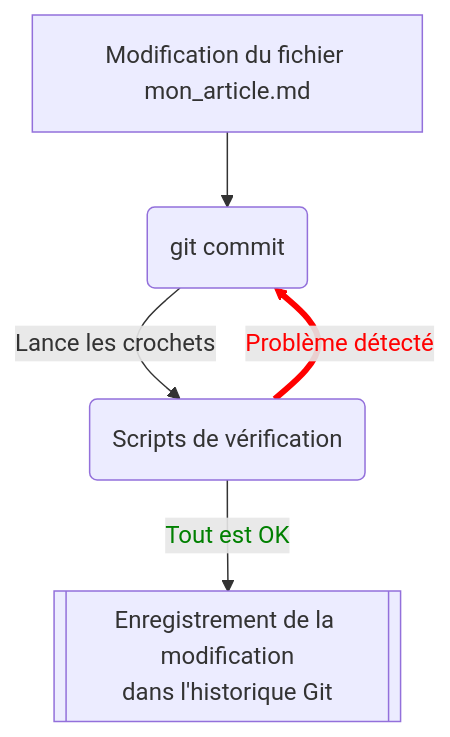
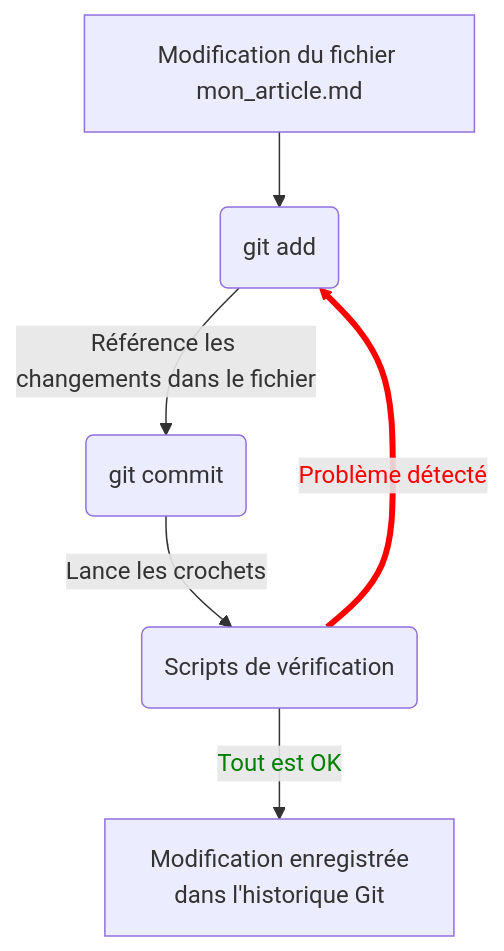
The second of 2 diagrams in internal/git_hooks_precommit.md (geotribu/site-contribuer), drawn with Mermaid before and after one commit. The commit also changed other lines of this file, not shown here.

Commit message:
Améliore les schémas

````diff
--- a/internal/git_hooks_precommit.md
+++ b/internal/git_hooks_precommit.md
@@ -57,10 +64,11 @@
 ```mermaid
 flowchart TD
     A[Modification du fichier mon_article.md] --> B
-    B(git commit) --> |Lance les crochets| C
-    C(Scripts de vérification) --> |Tout est OK| D[[Enregistrement de la modification\ndans l'historique Git]]
-    C --> |Problème détecté| B
+    B(git add) --> |Référence les changements dans le fichier| C
+    C(git commit) --> |Lance les crochets| D
+    D(Scripts de vérification) --> |Tout est OK| E[Modification enregistrée\ndans l'historique Git]
+    D --> |Problème détecté| B
 
-    linkStyle 2 color:green;
-    linkStyle 3 stroke:#FF0000,stroke-width:4px,color:red;
+    linkStyle 3 color:green;
+    linkStyle 4 stroke:#FF0000,stroke-width:4px,color:red;
 ```
````
